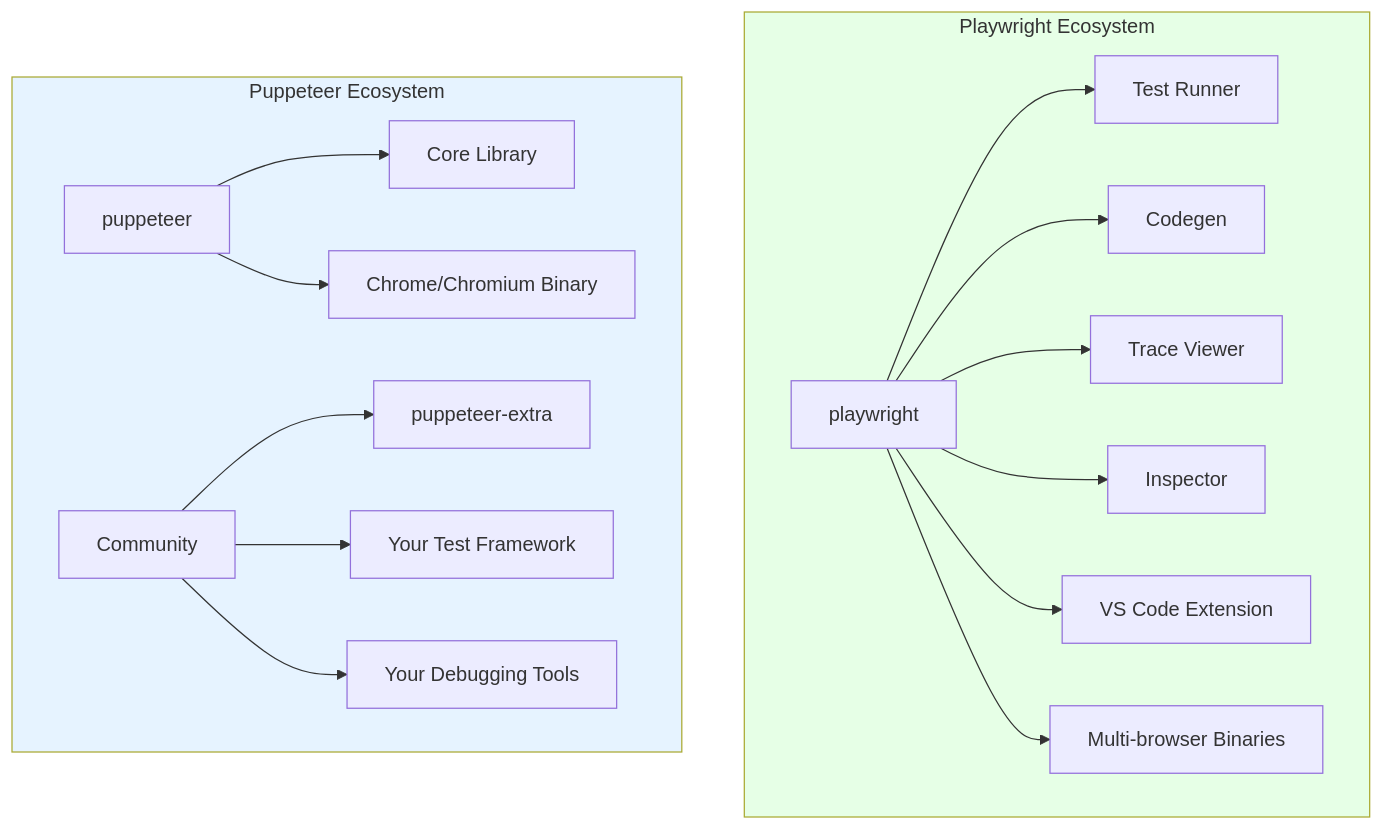
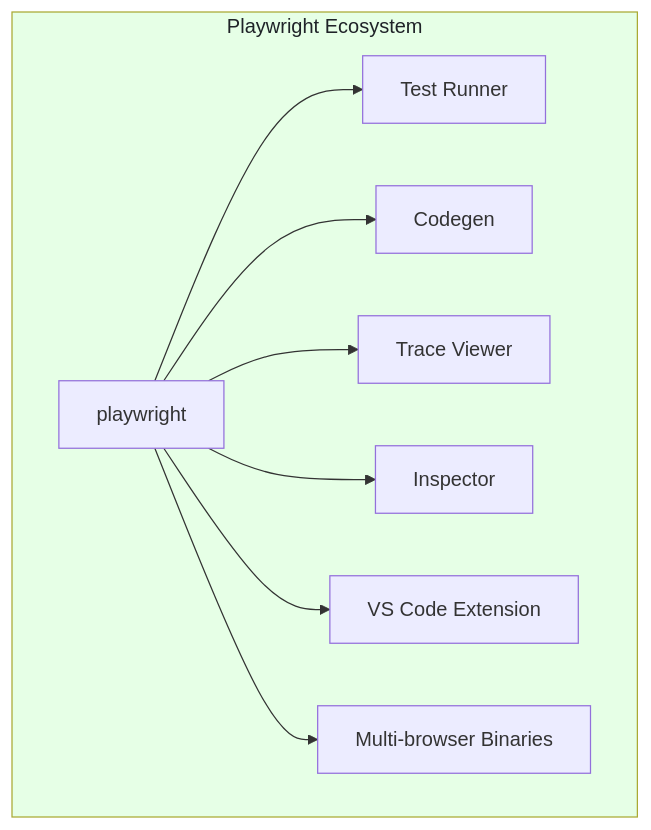
Before and after one commit to bytetunnels/bytetunnels.github.com: the second of 3 diagrams in _posts/2026-03-01-playwright-vs-puppeteer-speed-stealth-developer-experience.md, drawn with Mermaid. The commit also changed other lines of this file and 118 other files, not shown here.

Commit message:
feat: improve diagram styling and compact wide flowcharts

````diff
--- a/_posts/2026-03-01-playwright-vs-puppeteer-speed-stealth-developer-experience.md
+++ b/_posts/2026-03-01-playwright-vs-puppeteer-speed-stealth-developer-experience.md
@@ -287,22 +287,13 @@
 ```mermaid
 flowchart TD
     subgraph PW["Playwright Ecosystem"]
         A["playwright"] --> B["Test Runner"]
         A --> C["Codegen"]
         A --> D["Trace Viewer"]
         A --> E["Inspector"]
         A --> F["VS Code Extension"]
         A --> G["Multi-browser Binaries"]
     end
 
-    subgraph PP["Puppeteer Ecosystem"]
-        H["puppeteer"] --> I["Core Library"]
-        H --> J["Chrome/Chromium Binary"]
-        K["Community"] --> L["puppeteer-extra"]
-        K --> M["Your Test Framework"]
-        K --> N["Your Debugging Tools"]
-    end
-
-    style PW fill:#e6ffe6
-    style PP fill:#e6f3ff
+    style PW fill:#e6ffe6,color:#1f2328
 ```
````
